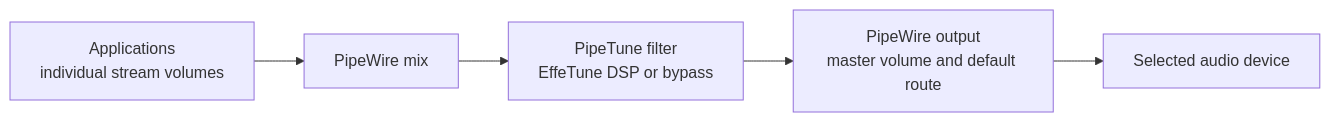
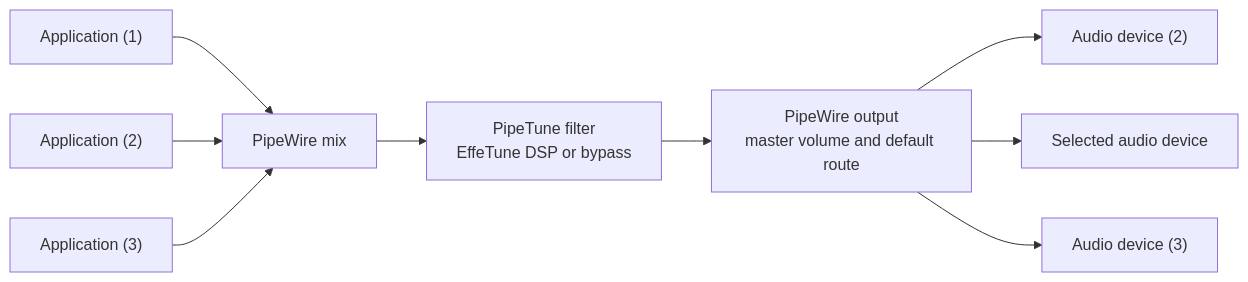
The diagram in README.md (kekyo/pipetune), drawn with Mermaid before and after one commit. The commit also changed other lines of this file and 4 other files, not shown here.

````diff
--- a/README.md
+++ b/README.md
@@ -140,13 +135,21 @@
 ```mermaid
 flowchart LR
-    apps["Applications<br/>individual stream volumes"]
+    apps1["Application (1)"]
+    apps2["Application (2)"]
+    apps3["Application (3)"]
     mix["PipeWire mix"]
     tune["PipeTune filter<br/>EffeTune DSP or bypass"]
     output["PipeWire output<br/>master volume and default route"]
     device["Selected audio device"]
+    device2["Audio device (2)"]
+    device3["Audio device (3)"]
 
-    apps --> mix
+    apps1 --> mix
+    apps2 --> mix
+    apps3 --> mix
     mix --> tune
     tune --> output
+    output --> device2
     output --> device
+    output --> device3
 ```
````
